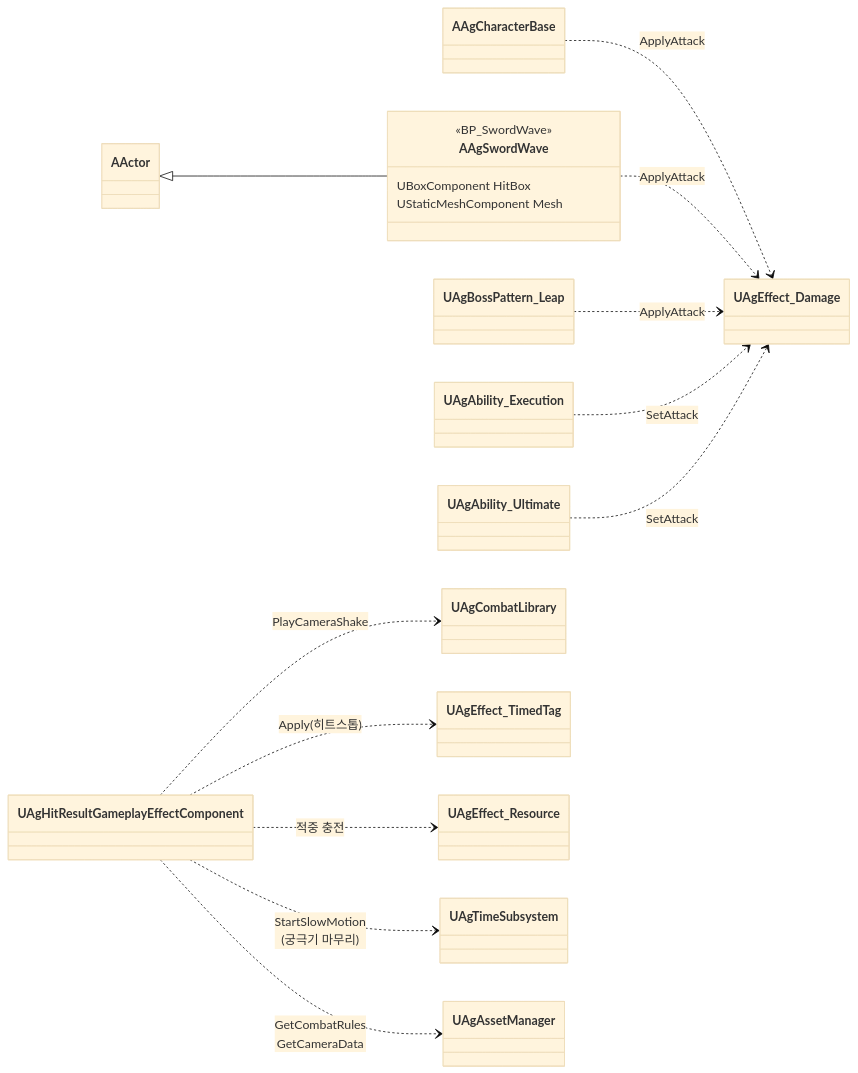
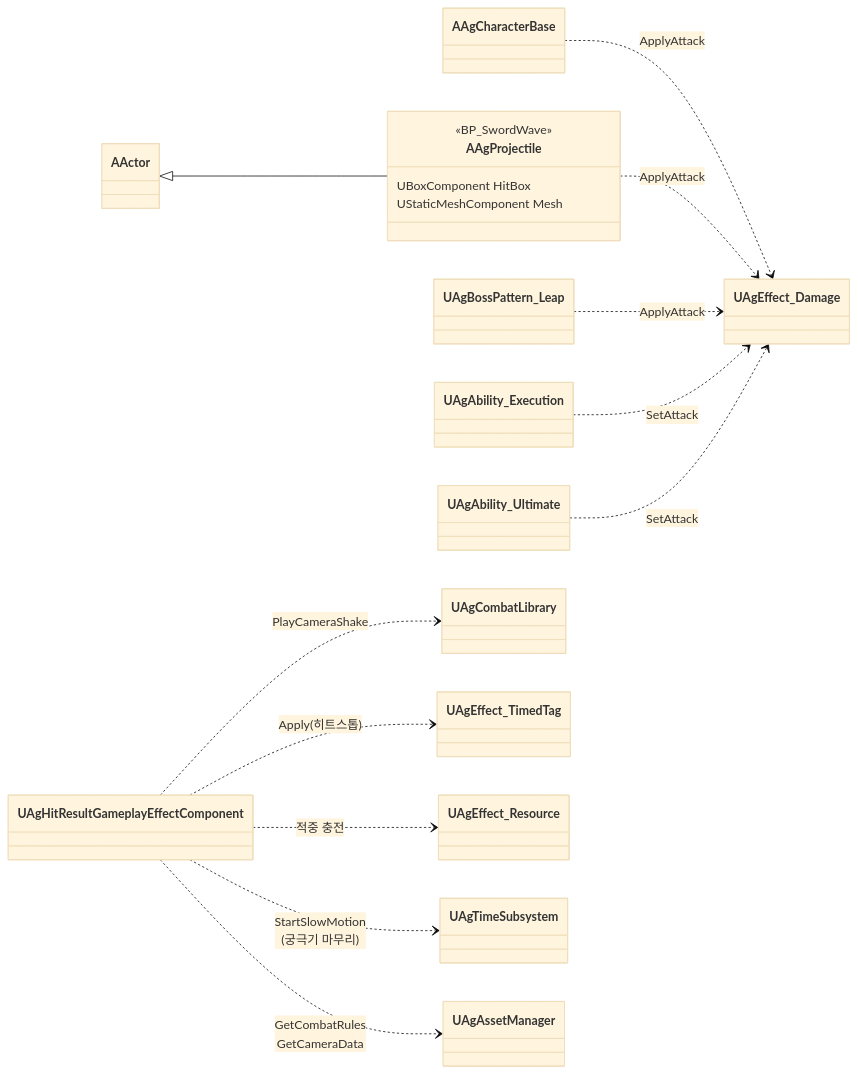
The second of 3 diagrams in Docs/Program/대미지와 피격 처리.md (Woogl/Ag), drawn with Mermaid (base theme) before and after one commit. The commit also changed other lines of this file and 51 other files, not shown here.

````diff
--- a/Docs/Program/대미지와 피격 처리.md
+++ b/Docs/Program/대미지와 피격 처리.md
@@ -51,21 +51,21 @@
 ```mermaid
 classDiagram
     direction LR
-    class AAgSwordWave {
+    class AAgProjectile {
         <<BP_SwordWave>>
         UBoxComponent HitBox
         UStaticMeshComponent Mesh
     }
-    AActor <|-- AAgSwordWave
+    AActor <|-- AAgProjectile
 
     AAgCharacterBase ..> UAgEffect_Damage : ApplyAttack
-    AAgSwordWave ..> UAgEffect_Damage : ApplyAttack
+    AAgProjectile ..> UAgEffect_Damage : ApplyAttack
     UAgBossPattern_Leap ..> UAgEffect_Damage : ApplyAttack
     UAgAbility_Execution ..> UAgEffect_Damage : SetAttack
     UAgAbility_Ultimate ..> UAgEffect_Damage : SetAttack
     UAgHitResultGameplayEffectComponent ..> UAgCombatLibrary : PlayCameraShake
     UAgHitResultGameplayEffectComponent ..> UAgEffect_TimedTag : Apply(히트스톱)
     UAgHitResultGameplayEffectComponent ..> UAgEffect_Resource : 적중 충전
     UAgHitResultGameplayEffectComponent ..> UAgTimeSubsystem : StartSlowMotion<br>(궁극기 마무리)
     UAgHitResultGameplayEffectComponent ..> UAgAssetManager : GetCombatRules<br>GetCameraData
 ```
````
